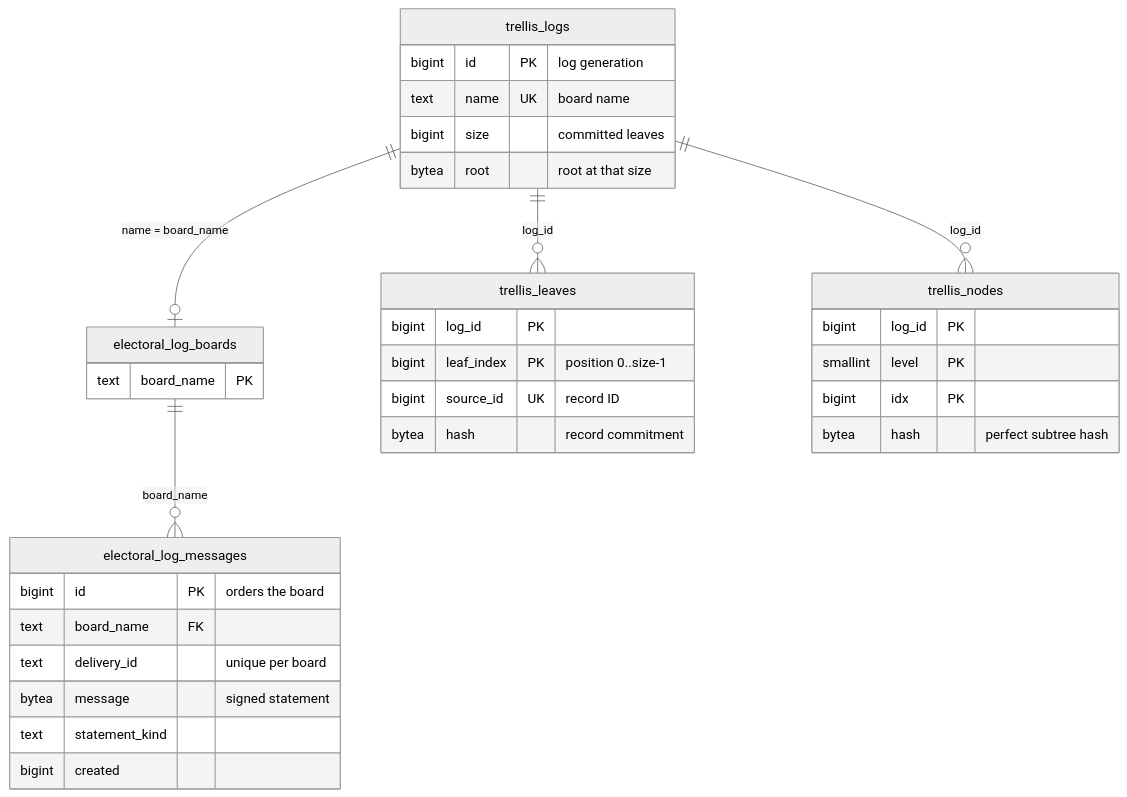
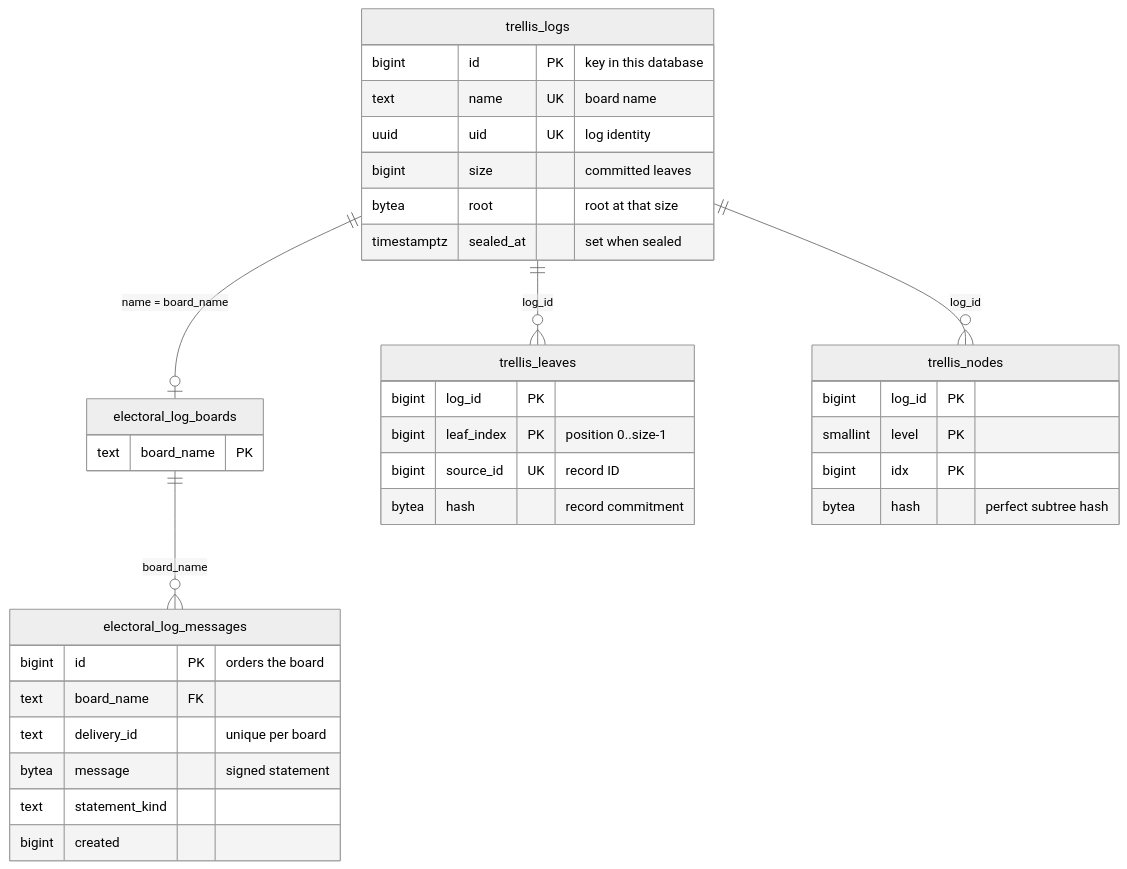
One commit to sequentech/step changed the second of 6 diagrams in docs/docusaurus/docs/07-developers/13-electoral-log/01-electoral-log-design.md. Above: the diagram before and after it, drawn with Mermaid (neutral theme). The commit also changed other lines of this file and 97 other files, not shown here.

First line of the commit message:
Electoral log: a database per election event, with logs that keep their roots across export and import (#3534)

````diff
--- a/docs/docusaurus/docs/07-developers/13-electoral-log/01-electoral-log-design.md
+++ b/docs/docusaurus/docs/07-developers/13-electoral-log/01-electoral-log-design.md
@@ -118,36 +123,38 @@
 ```mermaid
 erDiagram
     trellis_logs ||--o| electoral_log_boards : "name = board_name"
     electoral_log_boards ||--o{ electoral_log_messages : "board_name"
     trellis_logs ||--o{ trellis_leaves : "log_id"
     trellis_logs ||--o{ trellis_nodes : "log_id"
     trellis_logs {
-        bigint id PK "log generation"
+        bigint id PK "key in this database"
         text name UK "board name"
+        uuid uid UK "log identity"
         bigint size "committed leaves"
         bytea root "root at that size"
+        timestamptz sealed_at "set when sealed"
     }
     electoral_log_boards {
         text board_name PK
     }
     electoral_log_messages {
         bigint id PK "orders the board"
         text board_name FK
         text delivery_id "unique per board"
         bytea message "signed statement"
         text statement_kind
         bigint created
     }
     trellis_leaves {
         bigint log_id PK
         bigint leaf_index PK "position 0..size-1"
         bigint source_id UK "record ID"
         bytea hash "record commitment"
     }
     trellis_nodes {
         bigint log_id PK
         smallint level PK
         bigint idx PK
         bytea hash "perfect subtree hash"
     }
 ```
````
